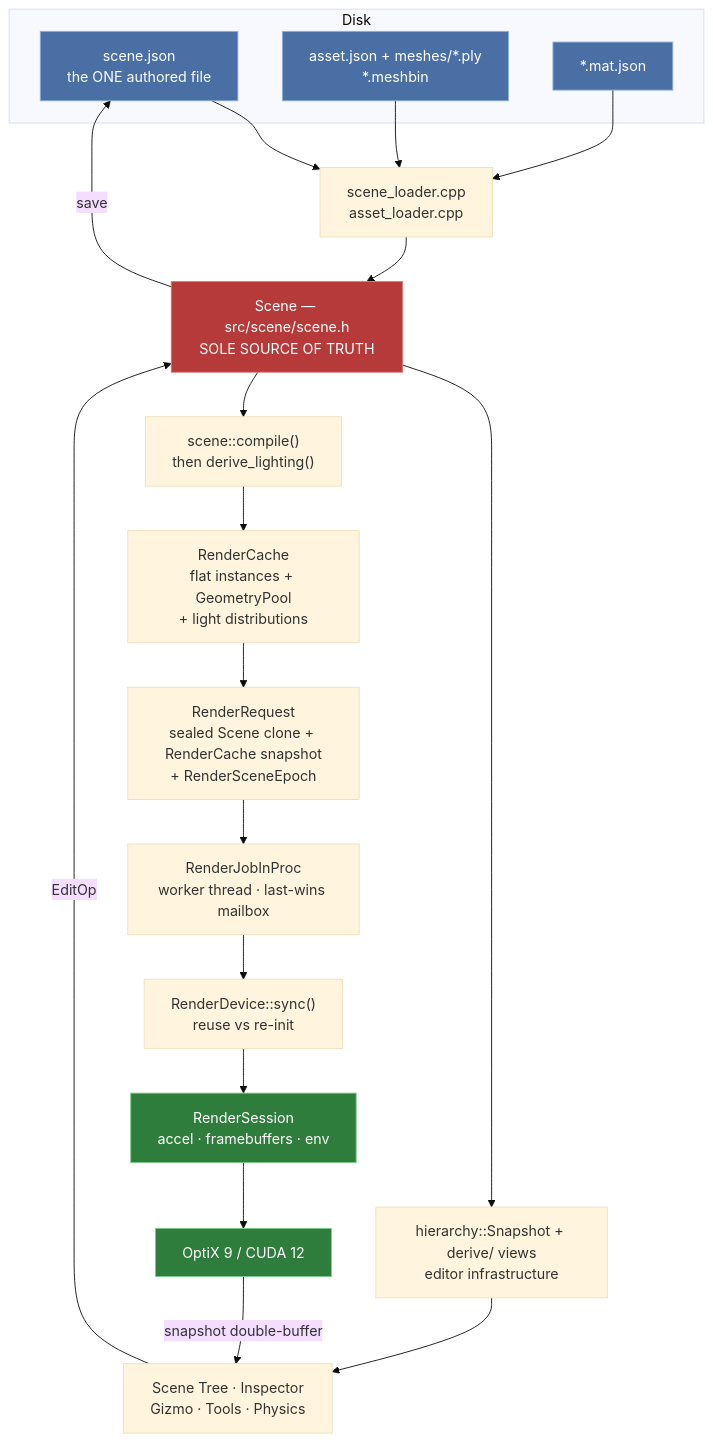
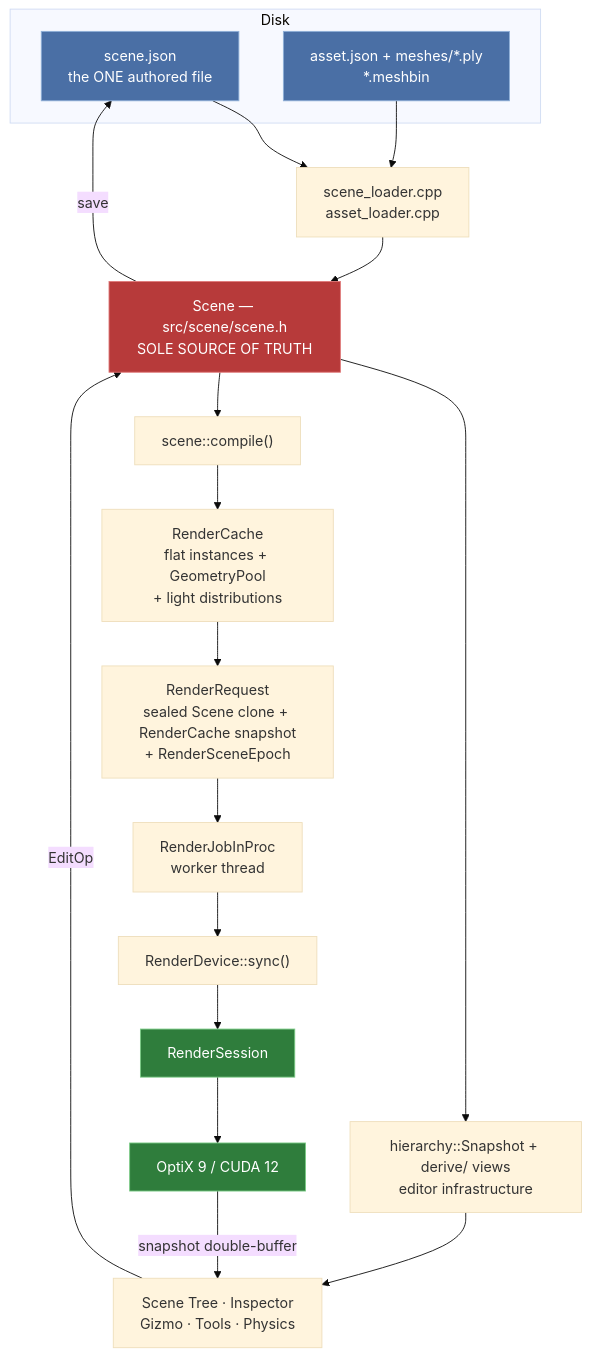
Before and after one commit to nicolasgfx/Portfolio: the first of 5 diagrams in README.md, drawn with Mermaid (base theme).

````diff
--- a/README.md
+++ b/README.md
@@ -203,35 +203,33 @@
 ```mermaid
 flowchart TD
   subgraph DISK["Disk"]
     SJ["scene.json<br/>the ONE authored file"]
     AJ["asset.json + meshes/*.ply<br/>*.meshbin"]
-    MJ["*.mat.json"]
   end
 
   SJ --> LOAD["scene_loader.cpp<br/>asset_loader.cpp"]
   AJ --> LOAD
-  MJ --> LOAD
   LOAD --> SCENE["Scene — src/scene/scene.h<br/>SOLE SOURCE OF TRUTH"]
 
   SCENE --> HIER["hierarchy::Snapshot + derive/ views<br/>editor infrastructure"]
-  SCENE --> COMPILE["scene::compile()<br/>then derive_lighting()"]
+  SCENE --> COMPILE["scene::compile()"]
 
   HIER --> UI["Scene Tree · Inspector<br/>Gizmo · Tools · Physics"]
   COMPILE --> RC["RenderCache<br/>flat instances + GeometryPool<br/>+ light distributions"]
 
   UI -->|"EditOp"| SCENE
   RC --> REQ["RenderRequest<br/>sealed Scene clone + RenderCache snapshot<br/>+ RenderSceneEpoch"]
-  REQ --> JOB["RenderJobInProc<br/>worker thread · last-wins mailbox"]
-  JOB --> DEV["RenderDevice::sync()<br/>reuse vs re-init"]
-  DEV --> SESS["RenderSession<br/>accel · framebuffers · env"]
+  REQ --> JOB["RenderJobInProc<br/>worker thread"]
+  JOB --> DEV["RenderDevice::sync()"]
+  DEV --> SESS["RenderSession"]
   SESS --> GPU["OptiX 9 / CUDA 12"]
   GPU -->|"snapshot double-buffer"| UI
   SCENE -->|"save"| SJ
 
   classDef disk fill:#4a6fa5,stroke:#8fb0d8,color:#fff
   classDef truth fill:#b73a3a,stroke:#e07a7a,color:#fff
   classDef gpu fill:#2f7d3c,stroke:#7acb85,color:#fff
   class SJ,AJ,MJ disk
   class SCENE truth
   class SESS,GPU gpu
 ```
````
